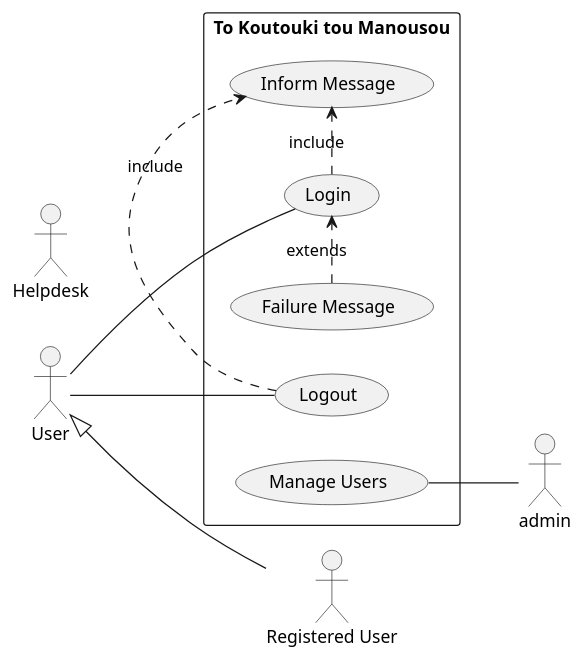
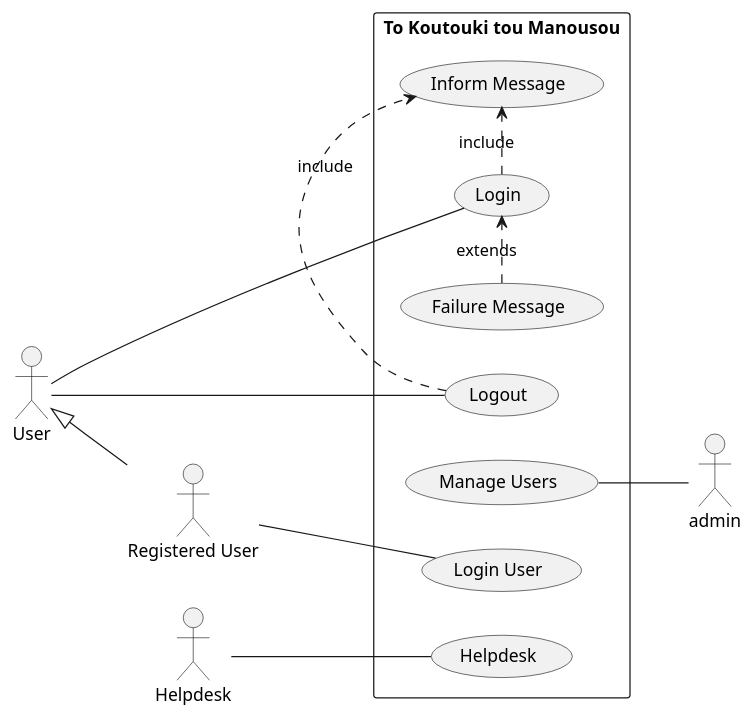
One commit to softwareDesign24/collaborateUML-ucd changed the diagram in use-case.puml. Above: the diagram before and after it, drawn with PlantUML.

Commit message:
Update use-case.puml
Eleni x2

```diff
--- a/use-case.puml
+++ b/use-case.puml
@@ -1,84 +1,87 @@
 @startuml
 
 left to right direction
 
 actor "User" as usr
 actor "Helpdesk" as hlpdsk
 actor "Registered User" as r_usr
 usr <|-- r_usr
 
 rectangle "To Koutouki tou Manousou" {
   usecase "Login" as UC1
   usecase "Logout" as UC2
   usecase "Manage Users" as UC3
   usecase "Inform Message" as UC4
   usecase "Failure Message" as UC5
 
 
 
 
 
 
 
 
 
-
+usecase "Login User" as ee1
+usecase "Helpdesk" as ee2
 
 
 
 
 
 
 
 }
 
 usr -- UC1
 usr -- UC2
 admin -up- UC3
 
 
 
 
 
 
 
 
+r_usr -- ee1
+hlpdsk -- ee2
 
 
 
 
 
 
 
 
 
 
 
 
 
 
 UC1 .> UC4 : include
 UC2 .> UC4 : include
 UC5 .> UC1 : extends
 
 
 
 
 
 
 
 
 
 
 
 
 
 
 
 
 
 
 
 
 
 @enduml
```
